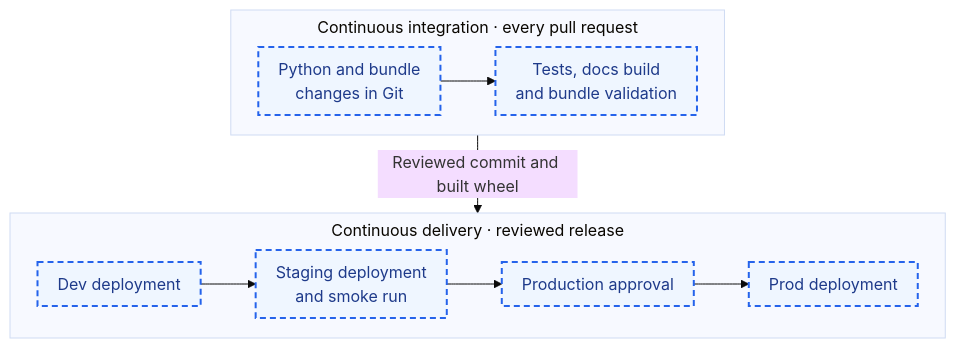
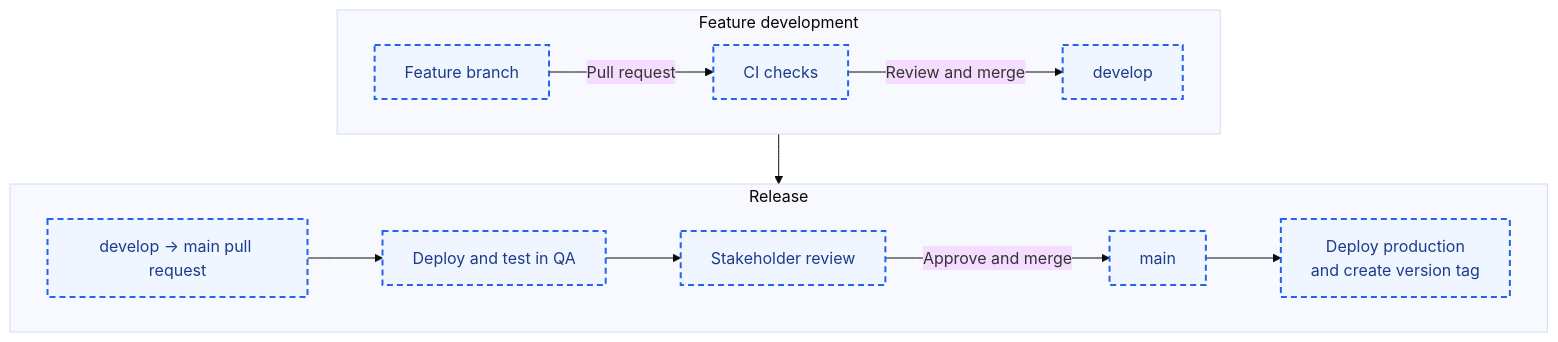
The second of 2 diagrams in docs/architecture/mlops.md (pdemeulenaer/eu-electricity-forecast), drawn with Mermaid (base theme) before and after one commit. The commit also changed other lines of this file and 5 other files, not shown here.

Commit message:
add planning for git flow, environments and model versioning

```diff
--- a/docs/architecture/mlops.md
+++ b/docs/architecture/mlops.md
@@ -69,15 +75,17 @@
 ~~~mermaid
-%%{init: {'flowchart': {'nodeSpacing': 20, 'rankSpacing': 30, 'padding': 10, 'subGraphTitleMargin': {'top': 5, 'bottom': 12}}}}%%
 flowchart TB
-    subgraph CHECK["Continuous integration · every pull request"]
+    subgraph CHANGE["Feature development"]
         direction LR
-        CHANGE[Python and bundle<br/>changes in Git] --> CI[Tests, docs build<br/>and bundle validation]
+        FEATURE[Feature branch] -->|Pull request| CI[CI checks]
+        CI -->|Review and merge| DEVELOP[develop]
     end
-    subgraph RELEASE["Continuous delivery · reviewed release"]
+    subgraph RELEASE["Release"]
         direction LR
-        DEV[Dev deployment] --> STAGE[Staging deployment<br/>and smoke run]
-        STAGE --> APPROVE[Production approval] --> PROD[Prod deployment]
+        PR[develop → main pull request] --> QA[Deploy and test in QA]
+        QA --> REVIEW[Stakeholder review]
+        REVIEW -->|Approve and merge| MAIN[main]
+        MAIN --> PROD[Deploy production<br/>and create version tag]
     end
-    CHECK -->|Reviewed commit and built wheel| RELEASE
+    DEVELOP --> PR
     classDef default fill:#eff6ff,stroke:#2563eb,color:#1e3a8a,stroke-width:2px,stroke-dasharray:6 4;
 ~~~
```
